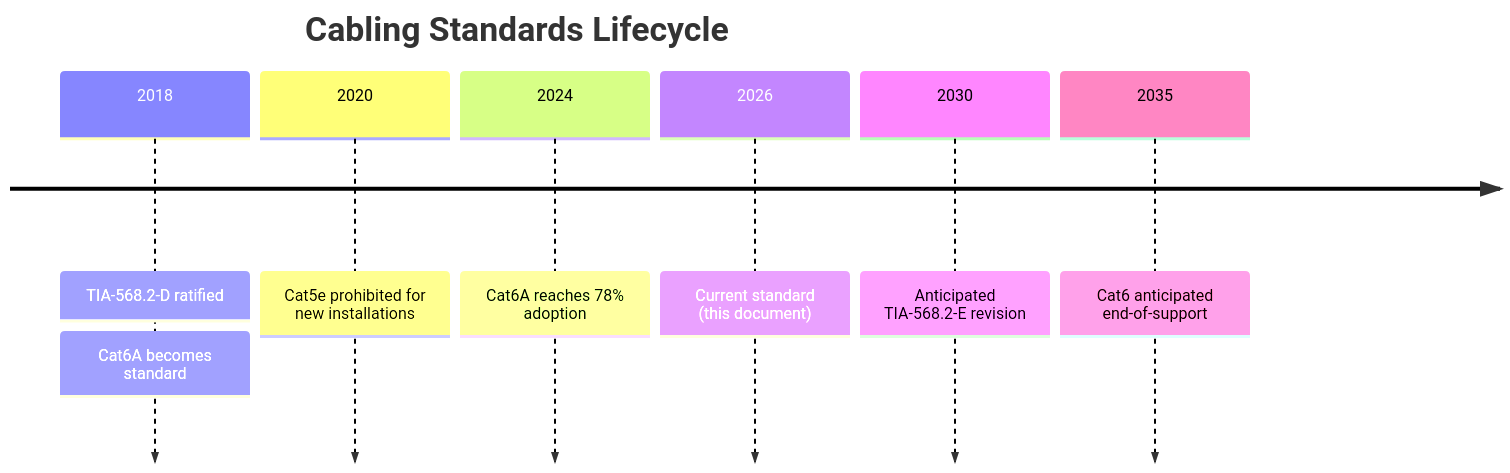
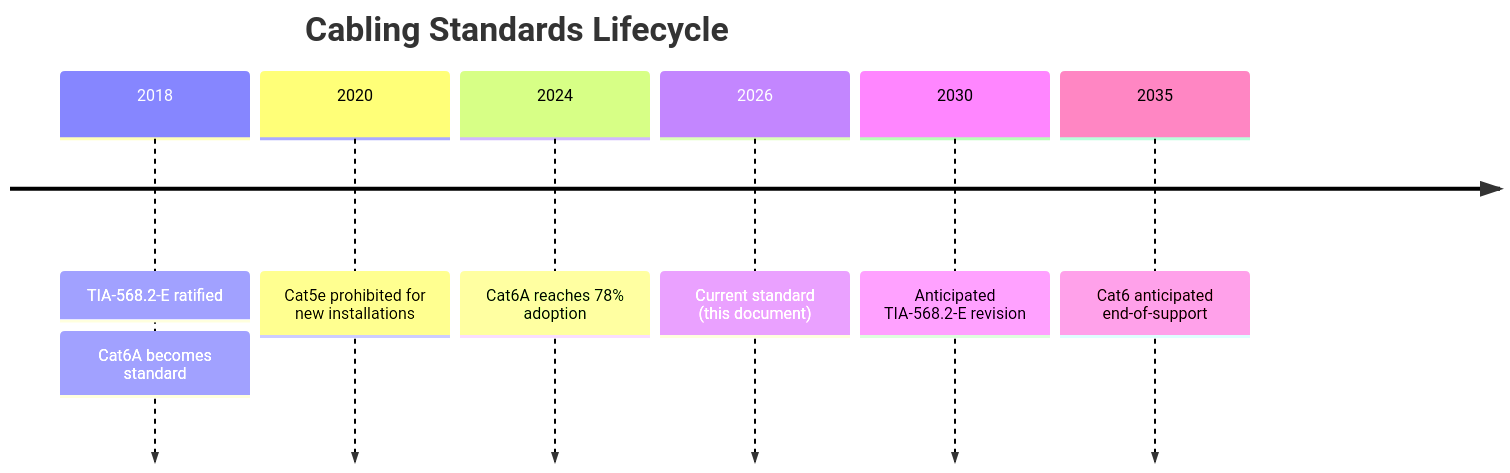
The fifth of 5 diagrams in docs/ethernet/cabling-standards.md (NewOrleansITI/networkstandards), drawn with Mermaid before and after one commit. The commit also changed other lines of this file and 13 other files, not shown here.

````diff
--- a/docs/ethernet/cabling-standards.md
+++ b/docs/ethernet/cabling-standards.md
@@ -379,10 +379,10 @@
 ```mermaid
 timeline
     title Cabling Standards Lifecycle
-    2018 : TIA-568.2-D ratified : Cat6A becomes standard
+    2018 : TIA-568.2-E ratified : Cat6A becomes standard
     2020 : Cat5e prohibited for new installations
     2024 : Cat6A reaches 78% adoption
     2026 : Current standard (this document)
     2030 : Anticipated TIA-568.2-E revision
     2035 : Cat6 anticipated end-of-support
 ```
````
